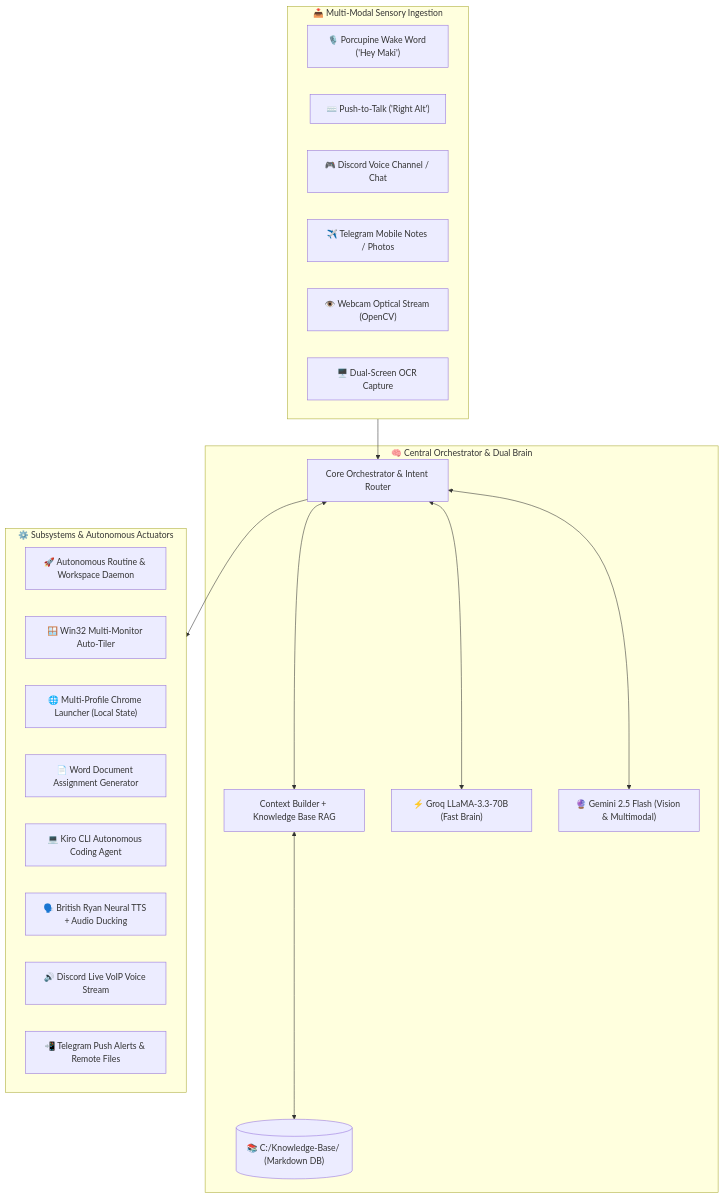
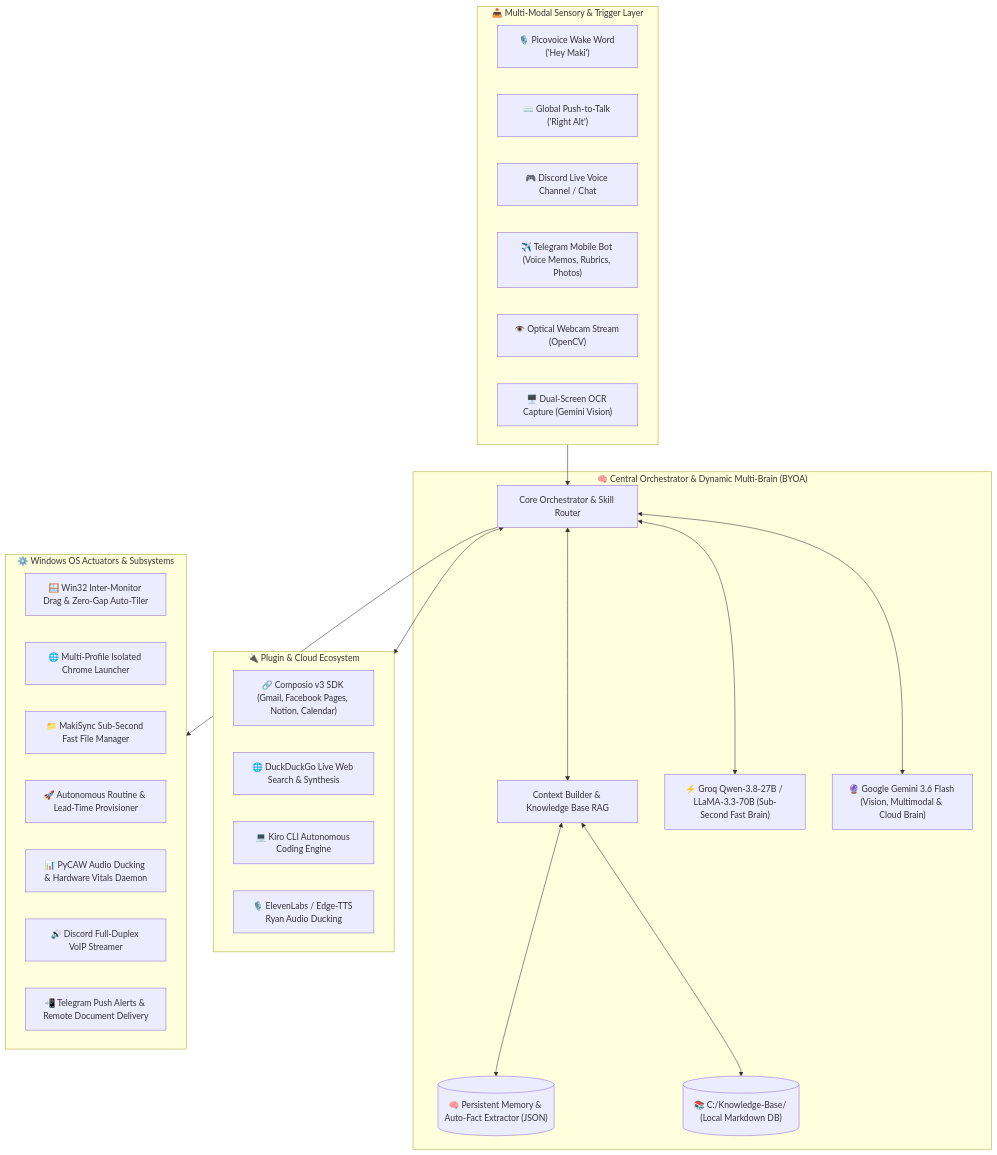
One commit to makinity/MakiAI changed the diagram in README.md. Above: the diagram before and after it, drawn with Mermaid. The commit also changed other lines of this file, not shown here.

````diff
--- a/README.md
+++ b/README.md
@@ -28,37 +48,46 @@
 ```mermaid
 flowchart TB
-    subgraph Inputs["📥 Multi-Modal Sensory Ingestion"]
-        WW["🎙️ Porcupine Wake Word ('Hey Maki')"]
-        PTT["⌨️ Push-to-Talk ('Right Alt')"]
-        DISC_IN["🎮 Discord Voice Channel / Chat"]
-        TG_IN["✈️ Telegram Mobile Notes / Photos"]
-        CAM["👁️ Webcam Optical Stream (OpenCV)"]
-        SCR["🖥️ Dual-Screen OCR Capture"]
+    subgraph Sensory["📥 Multi-Modal Sensory & Trigger Layer"]
+        WW["🎙️ Picovoice Wake Word ('Hey Maki')"]
+        PTT["⌨️ Global Push-to-Talk ('Right Alt')"]
+        DISC_IN["🎮 Discord Live Voice Channel / Chat"]
+        TG_IN["✈️ Telegram Mobile Bot (Voice Memos, Rubrics, Photos)"]
+        CAM["👁️ Optical Webcam Stream (OpenCV)"]
+        SCR["🖥️ Dual-Screen OCR Capture (Gemini Vision)"]
     end
 
-    subgraph CoreBrain["🧠 Central Orchestrator & Dual Brain"]
-        ORCH["Core Orchestrator & Intent Router"]
-        CTX["Context Builder + Knowledge Base RAG"]
-        GROQ["⚡ Groq LLaMA-3.3-70B (Fast Brain)"]
-        GEM["🔮 Gemini 2.5 Flash (Vision & Multimodal)"]
-        KB[("📚 C:/Knowledge-Base/ (Markdown DB)")]
+    subgraph DualBrain["🧠 Central Orchestrator & Dynamic Multi-Brain (BYOA)"]
+        ORCH["Core Orchestrator & Skill Router"]
+        CTX["Context Builder & Knowledge Base RAG"]
+        GROQ["⚡ Groq Qwen-3.8-27B / LLaMA-3.3-70B (Sub-Second Fast Brain)"]
+        GEM["🔮 Google Gemini 3.6 Flash (Vision, Multimodal & Cloud Brain)"]
+        MEM[("🧠 Persistent Memory & Auto-Fact Extractor (JSON)")]
+        KB[("📚 C:/Knowledge-Base/ (Local Markdown DB)")]
     end
 
-    subgraph ExecEngine["⚙️ Subsystems & Autonomous Actuators"]
-        ROUTINE["🚀 Autonomous Routine & Workspace Daemon"]
-        WINDOW["🪟 Win32 Multi-Monitor Auto-Tiler"]
-        CHROME["🌐 Multi-Profile Chrome Launcher (Local State)"]
-        DOCX["📄 Word Document Assignment Generator"]
-        KIRO["💻 Kiro CLI Autonomous Coding Agent"]
-        TTS["🗣️ British Ryan Neural TTS + Audio Ducking"]
-        DISC_OUT["🔊 Discord Live VoIP Voice Stream"]
-        TG_OUT["📲 Telegram Push Alerts & Remote Files"]
+    subgraph Plugins["🔌 Plugin & Cloud Ecosystem"]
+        COMP["🔗 Composio v3 SDK (Gmail, Facebook Pages, Notion, Calendar)"]
+        DDG["🌐 DuckDuckGo Live Web Search & Synthesis"]
+        KIRO["💻 Kiro CLI Autonomous Coding Engine"]
+        EL["🎙️ ElevenLabs / Edge-TTS Ryan Audio Ducking"]
     end
 
-    Inputs --> ORCH
+    subgraph Actuators["⚙️ Windows OS Actuators & Subsystems"]
+        WINDOW["🪟 Win32 Inter-Monitor Drag & Zero-Gap Auto-Tiler"]
+        CHROME["🌐 Multi-Profile Isolated Chrome Launcher"]
+        FILES["📁 MakiSync Sub-Second Fast File Manager"]
+        ROUTINE["🚀 Autonomous Routine & Lead-Time Provisioner"]
+        SYSTEM["📊 PyCAW Audio Ducking & Hardware Vitals Daemon"]
+        DISC_OUT["🔊 Discord Full-Duplex VoIP Streamer"]
+        TG_OUT["📲 Telegram Push Alerts & Remote Document Delivery"]
+    end
+
+    Sensory --> ORCH
     ORCH <--> CTX
     CTX <--> KB
+    CTX <--> MEM
     ORCH <--> GROQ
     ORCH <--> GEM
-    ORCH --> ExecEngine
+    ORCH <--> Plugins
+    ORCH --> Actuators
 ```
````
